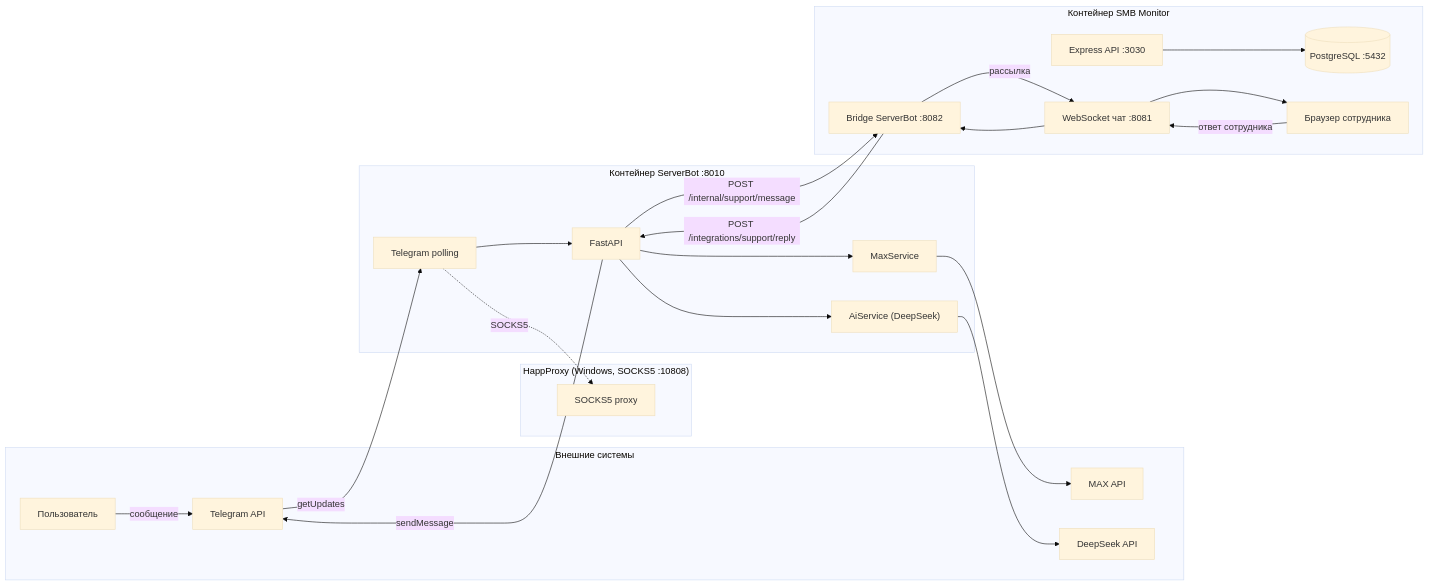
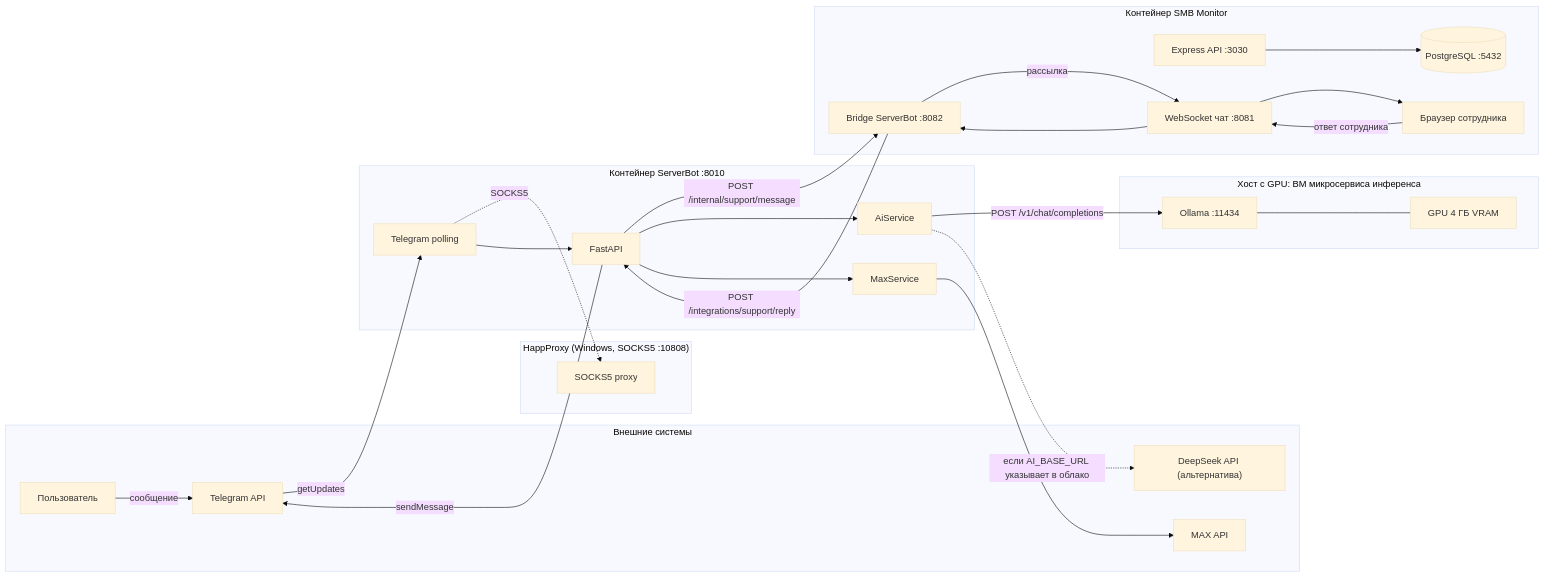
One commit to MaxDrujban/ServerBot changed the diagram in NETWORK_MAP.md. Above: the diagram before and after it, drawn with Mermaid (base theme). The commit also changed other lines of this file and 1 other file, not shown here.

````diff
--- a/NETWORK_MAP.md
+++ b/NETWORK_MAP.md
@@ -7,45 +10,52 @@
 ```mermaid
 flowchart LR
     subgraph External["Внешние системы"]
         User["Пользователь"]
         TG["Telegram API"]
         MX["MAX API"]
-        DS["DeepSeek API"]
+        DS["DeepSeek API (альтернатива)"]
     end
 
     subgraph Proxy["HappProxy (Windows, SOCKS5 :10808)"]
         HP["SOCKS5 proxy"]
     end
 
     subgraph SB["Контейнер ServerBot :8010"]
         FAST["FastAPI"]
         POLL["Telegram polling"]
         MAXS["MaxService"]
-        AI["AiService (DeepSeek)"]
+        AI["AiService"]
     end
 
     subgraph SMB["Контейнер SMB Monitor"]
         EX["Express API :3030"]
         WS["WebSocket чат :8081"]
         BR["Bridge ServerBot :8082"]
         PDB[("PostgreSQL :5432")]
         UI["Браузер сотрудника"]
+    end
+
+    subgraph GPUHOST["Хост с GPU: ВМ микросервиса инференса"]
+        OL["Ollama :11434"]
+        CARD["GPU 4 ГБ VRAM"]
     end
 
     User -->|сообщение| TG
     TG -->|getUpdates| POLL
     POLL -.->|SOCKS5| HP
     POLL --> FAST
     FAST -->|POST /internal/support/message| BR
     BR -->|рассылка| WS
     WS --> UI
     UI -->|ответ сотрудника| WS
     WS --> BR
     BR -->|POST /integrations/support/reply| FAST
     FAST -->|sendMessage| TG
     FAST --> AI
-    AI --> DS
+    AI -->|"POST /v1/chat/completions"| OL
+    OL --- CARD
+    AI -.->|"если AI_BASE_URL указывает в облако"| DS
     FAST --> MAXS
     MAXS --> MX
     EX --> PDB
 ```
````
